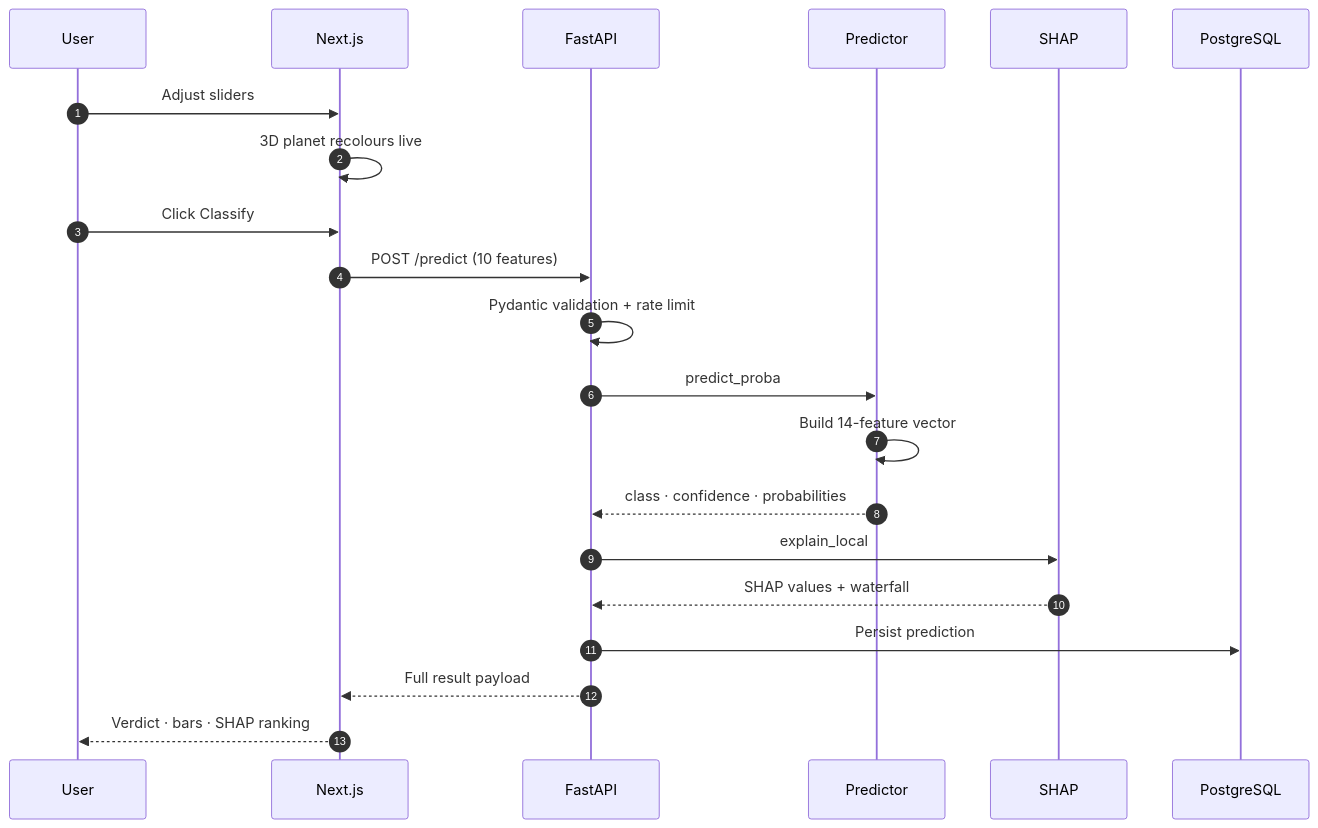
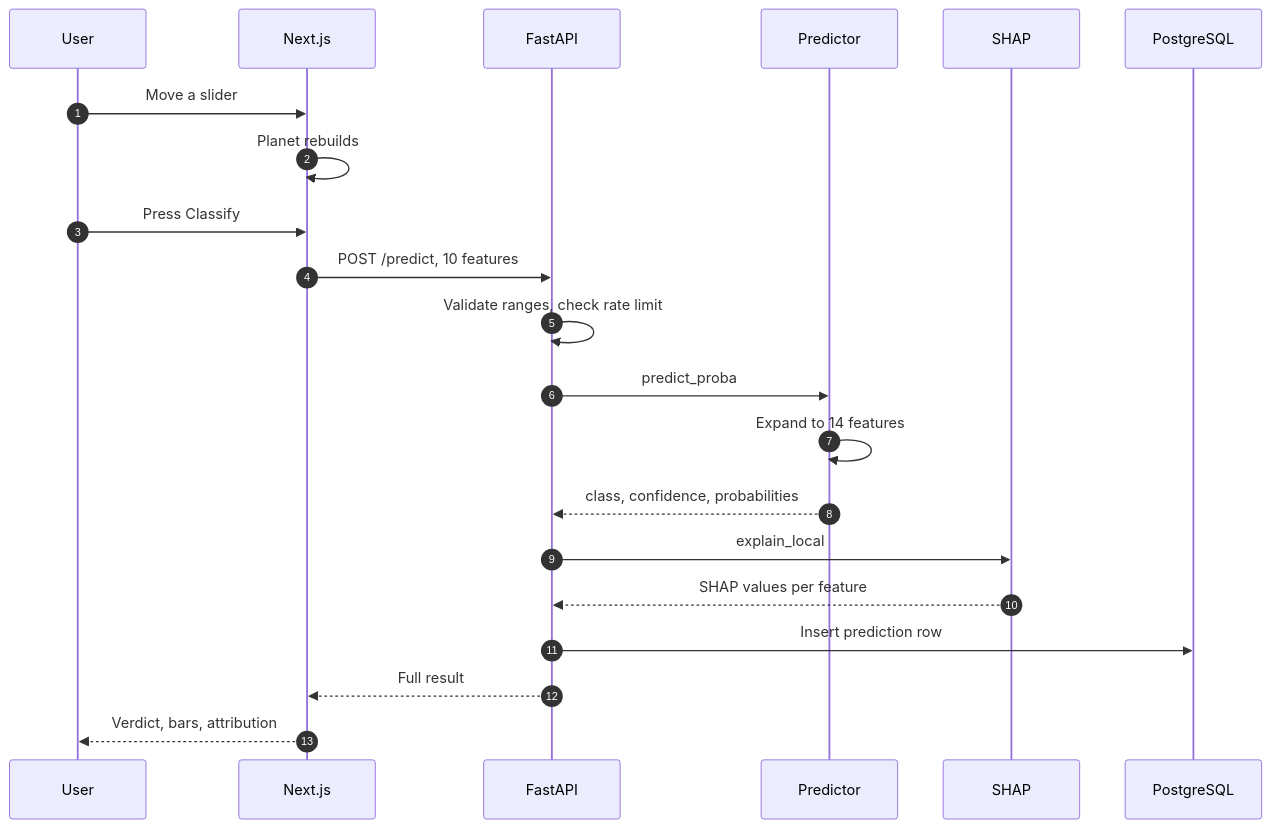
One commit to swadhinbiswas/AstroSynth changed the second of 3 diagrams in README.md. Above: the diagram before and after it, drawn with Mermaid. The commit also changed other lines of this file and 46 other files, not shown here.

````diff
--- a/README.md
+++ b/README.md
@@ -172,24 +170,24 @@
 ```mermaid
 sequenceDiagram
     autonumber
     participant U as User
     participant F as Next.js
     participant A as FastAPI
     participant P as Predictor
     participant E as SHAP
     participant D as PostgreSQL
 
-    U->>F: Adjust sliders
-    F->>F: 3D planet recolours live
-    U->>F: Click Classify
-    F->>A: POST /predict (10 features)
-    A->>A: Pydantic validation + rate limit
+    U->>F: Move a slider
+    F->>F: Planet rebuilds
+    U->>F: Press Classify
+    F->>A: POST /predict, 10 features
+    A->>A: Validate ranges, check rate limit
     A->>P: predict_proba
-    P->>P: Build 14-feature vector
-    P-->>A: class · confidence · probabilities
+    P->>P: Expand to 14 features
+    P-->>A: class, confidence, probabilities
     A->>E: explain_local
-    E-->>A: SHAP values + waterfall
-    A->>D: Persist prediction
-    A-->>F: Full result payload
-    F-->>U: Verdict · bars · SHAP ranking
+    E-->>A: SHAP values per feature
+    A->>D: Insert prediction row
+    A-->>F: Full result
+    F-->>U: Verdict, bars, attribution
 ```
````
